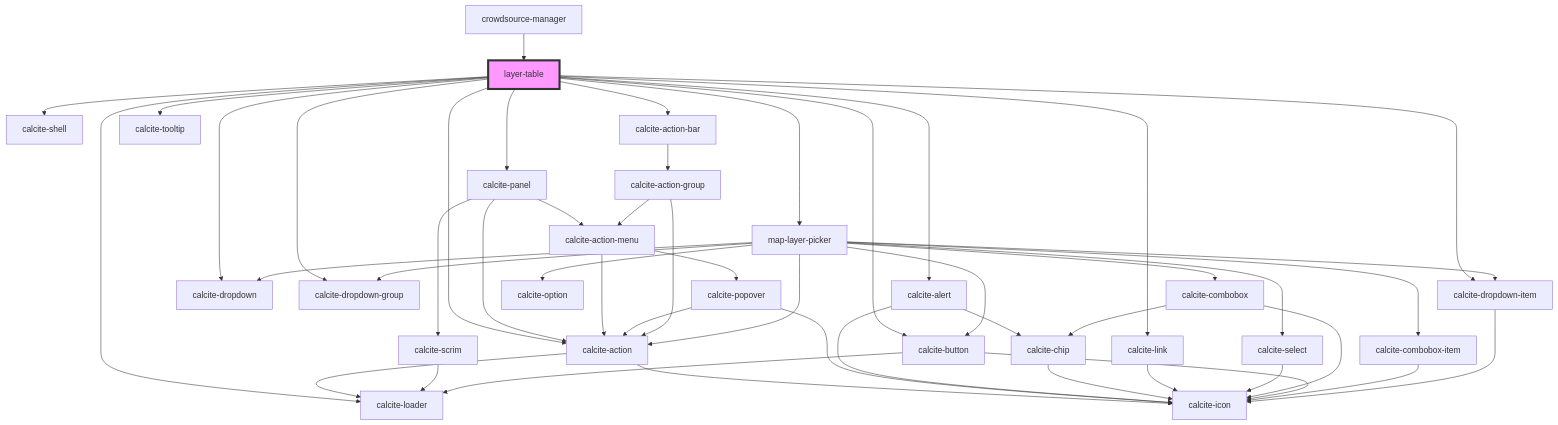
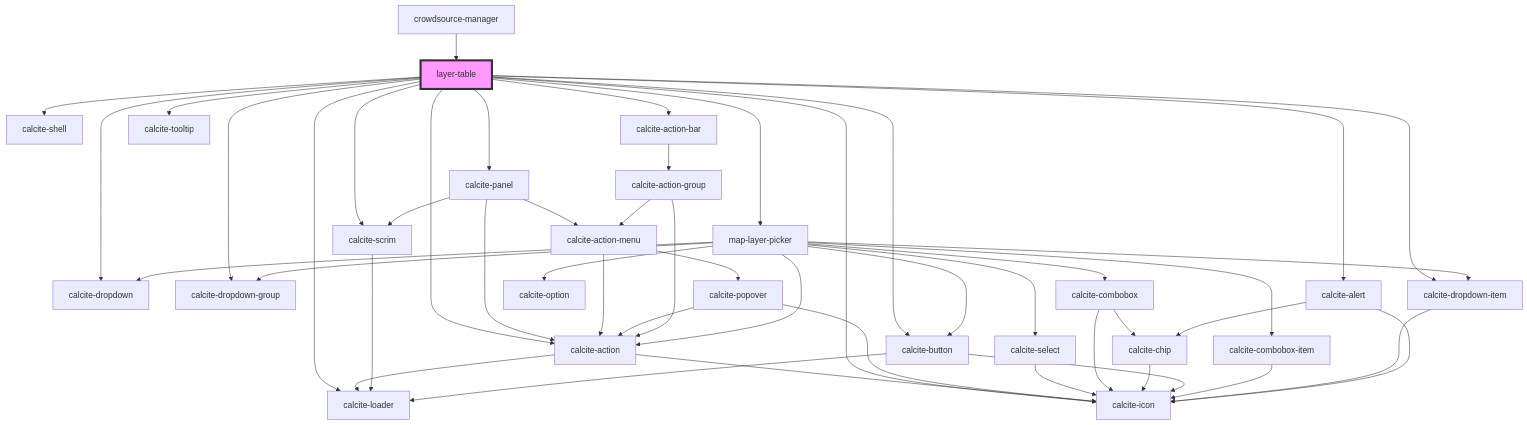
Before and after one commit to Esri/solutions-components: the diagram in src/components/layer-table/readme.md, drawn with Mermaid. The commit also changed other lines of this file and 5 other files, not shown here.

````diff
--- a/src/components/layer-table/readme.md
+++ b/src/components/layer-table/readme.md
@@ -61,51 +62,51 @@
 ```mermaid
 graph TD;
   layer-table --> calcite-shell
   layer-table --> calcite-panel
   layer-table --> calcite-loader
-  layer-table --> calcite-alert
-  layer-table --> calcite-link
   layer-table --> calcite-action-bar
   layer-table --> map-layer-picker
   layer-table --> calcite-action
   layer-table --> calcite-tooltip
   layer-table --> calcite-button
   layer-table --> calcite-dropdown
   layer-table --> calcite-dropdown-group
   layer-table --> calcite-dropdown-item
+  layer-table --> calcite-alert
+  layer-table --> calcite-scrim
+  layer-table --> calcite-icon
   calcite-panel --> calcite-action
   calcite-panel --> calcite-action-menu
   calcite-panel --> calcite-scrim
   calcite-action --> calcite-loader
   calcite-action --> calcite-icon
   calcite-action-menu --> calcite-action
   calcite-action-menu --> calcite-popover
   calcite-popover --> calcite-action
   calcite-popover --> calcite-icon
   calcite-scrim --> calcite-loader
-  calcite-alert --> calcite-icon
-  calcite-alert --> calcite-chip
-  calcite-chip --> calcite-icon
-  calcite-link --> calcite-icon
   calcite-action-bar --> calcite-action-group
   calcite-action-group --> calcite-action-menu
   calcite-action-group --> calcite-action
   map-layer-picker --> calcite-select
   map-layer-picker --> calcite-combobox
   map-layer-picker --> calcite-dropdown
   map-layer-picker --> calcite-action
   map-layer-picker --> calcite-button
   map-layer-picker --> calcite-dropdown-group
   map-layer-picker --> calcite-combobox-item
   map-layer-picker --> calcite-option
   map-layer-picker --> calcite-dropdown-item
   calcite-select --> calcite-icon
   calcite-combobox --> calcite-chip
   calcite-combobox --> calcite-icon
+  calcite-chip --> calcite-icon
   calcite-button --> calcite-loader
   calcite-button --> calcite-icon
   calcite-combobox-item --> calcite-icon
   calcite-dropdown-item --> calcite-icon
+  calcite-alert --> calcite-icon
+  calcite-alert --> calcite-chip
   crowdsource-manager --> layer-table
   style layer-table fill:#f9f,stroke:#333,stroke-width:4px
 ```
````
